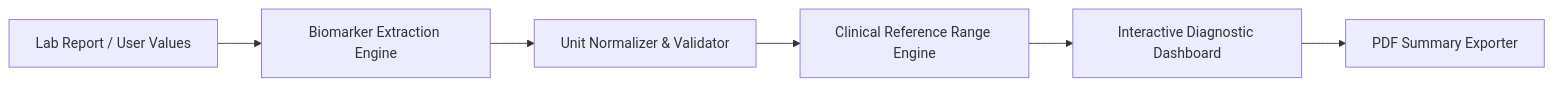
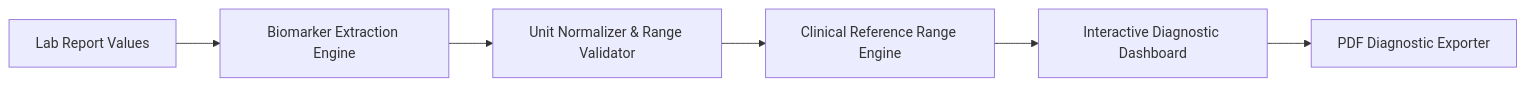
Before and after one commit to StratagemVX/Lab-Clarity-Final: the diagram in README.md, drawn with Mermaid. The commit also changed other lines of this file, not shown here.

````diff
--- a/README.md
+++ b/README.md
@@ -24,8 +31,8 @@
 ```mermaid
 flowchart LR
-    Report[Lab Report / User Values] --> Parser[Biomarker Extraction Engine]
-    Parser --> Norm[Unit Normalizer & Validator]
-    Norm --> RefEngine[Clinical Reference Range Engine]
-    RefEngine --> UI[Interactive Diagnostic Dashboard]
-    UI --> PDF[PDF Summary Exporter]
+    Report[Lab Report Values] --> Parser[Biomarker Extraction Engine]
+    Parser --> Validator[Unit Normalizer & Range Validator]
+    Validator --> Evaluator[Clinical Reference Range Engine]
+    Evaluator --> UI[Interactive Diagnostic Dashboard]
+    UI --> PDF[PDF Diagnostic Exporter]
 ```
````
